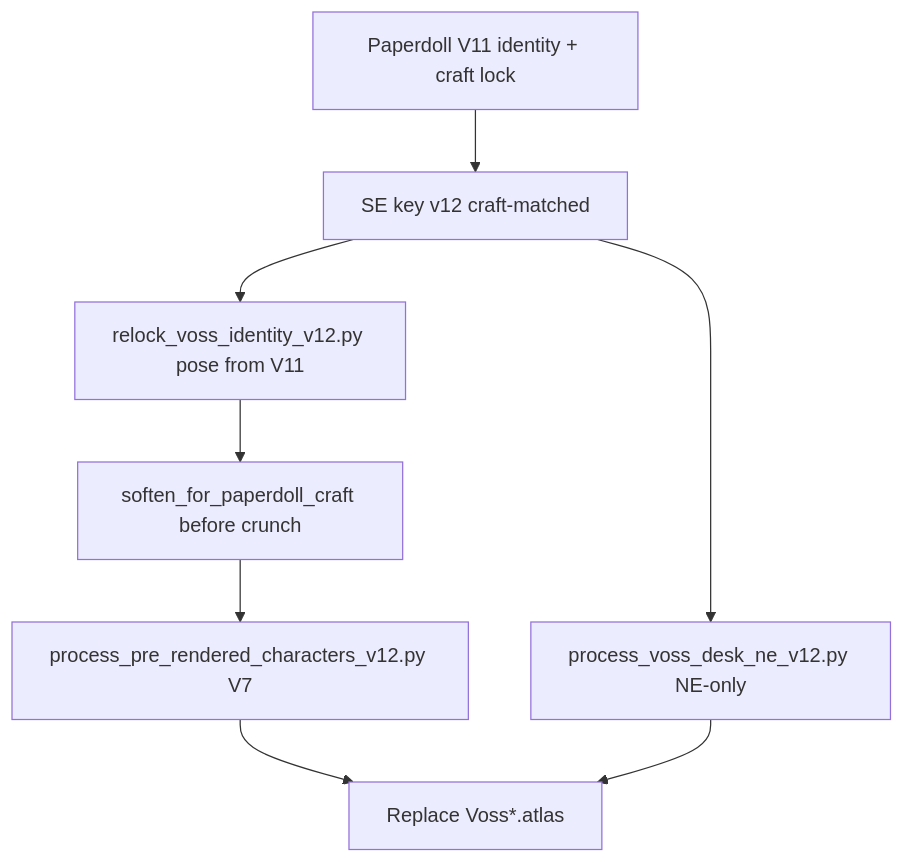
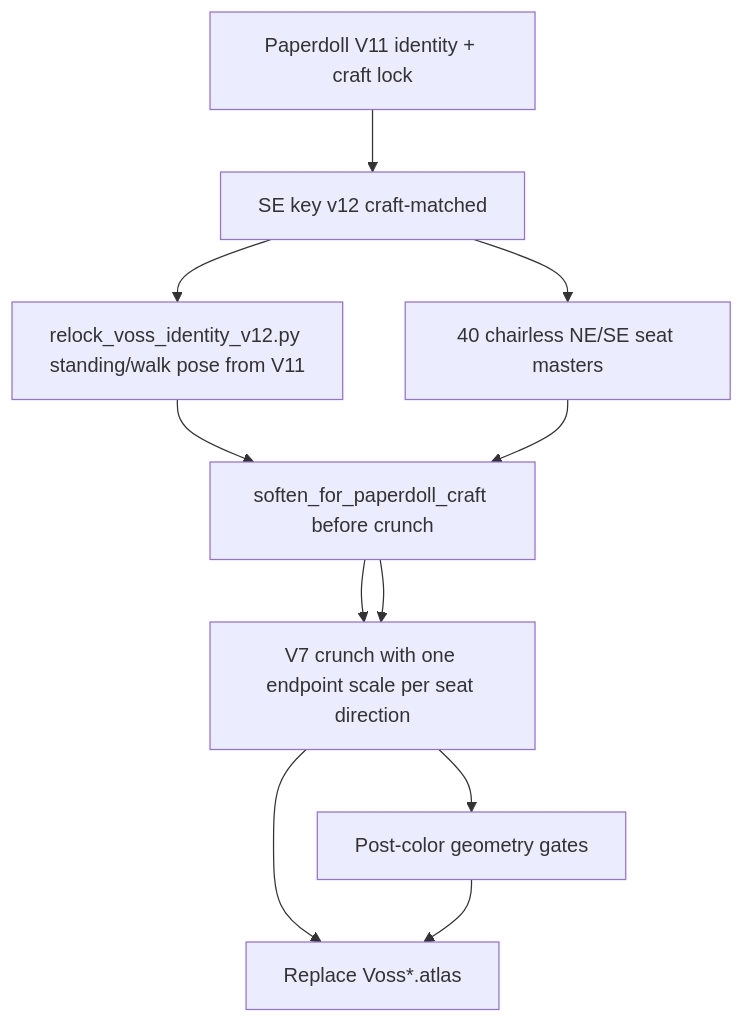
The diagram in Documentation/PaperdollBGEESpriteRedoPlanV12.md (8n4dbkfprv-ux/RainShadow), drawn with Mermaid before and after one commit. The commit also changed other lines of this file and 297 other files, not shown here.

First line of the commit message:
Fix Voss seated idle and seat transition scale and chair ownership.

````diff
--- a/Documentation/PaperdollBGEESpriteRedoPlanV12.md
+++ b/Documentation/PaperdollBGEESpriteRedoPlanV12.md
@@ -22,13 +22,14 @@
 ```mermaid
 flowchart TD
   paperdoll["Paperdoll V11 identity + craft lock"]
   key["SE key v12 craft-matched"]
-  relock["relock_voss_identity_v12.py pose from V11"]
+  relock["relock_voss_identity_v12.py standing/walk pose from V11"]
+  seat["40 chairless NE/SE seat masters"]
   soften["soften_for_paperdoll_craft before crunch"]
-  crunch["process_pre_rendered_characters_v12.py V7"]
-  ne["process_voss_desk_ne_v12.py NE-only"]
+  crunch["V7 crunch with one endpoint scale per seat direction"]
+  gates["Post-color geometry gates"]
   atlases["Replace Voss*.atlas"]
 
   paperdoll --> key --> relock --> soften --> crunch --> atlases
-  key --> ne --> atlases
+  key --> seat --> soften --> crunch --> gates --> atlases
 ```
````
